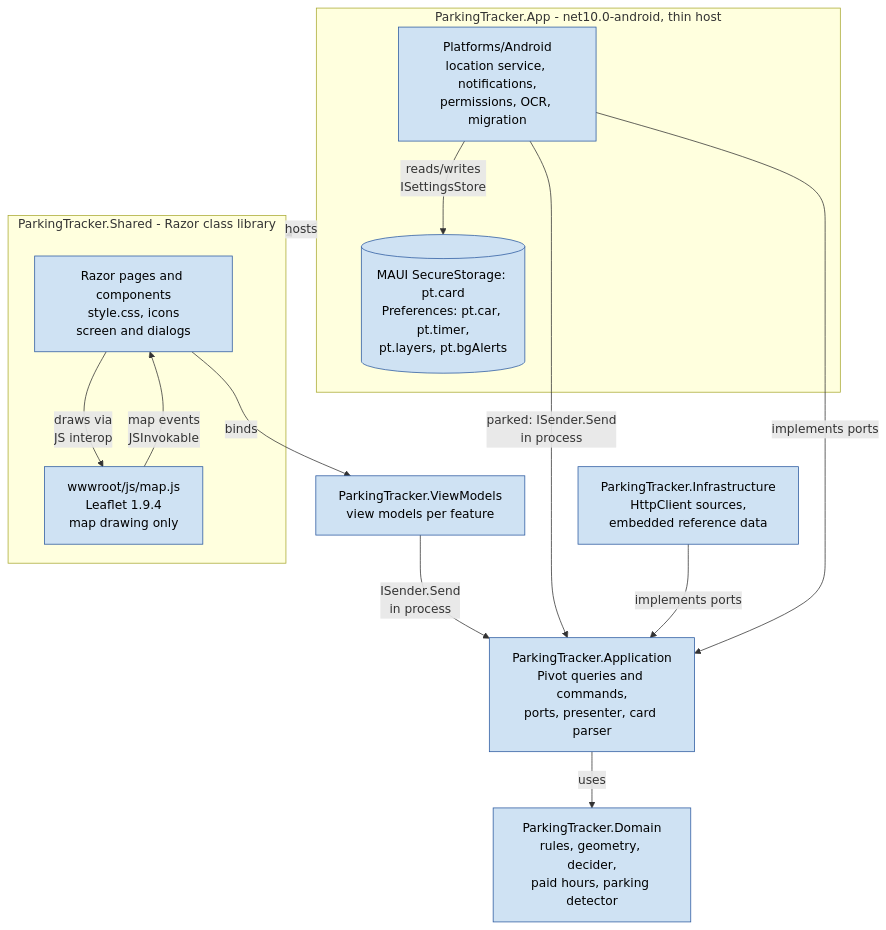
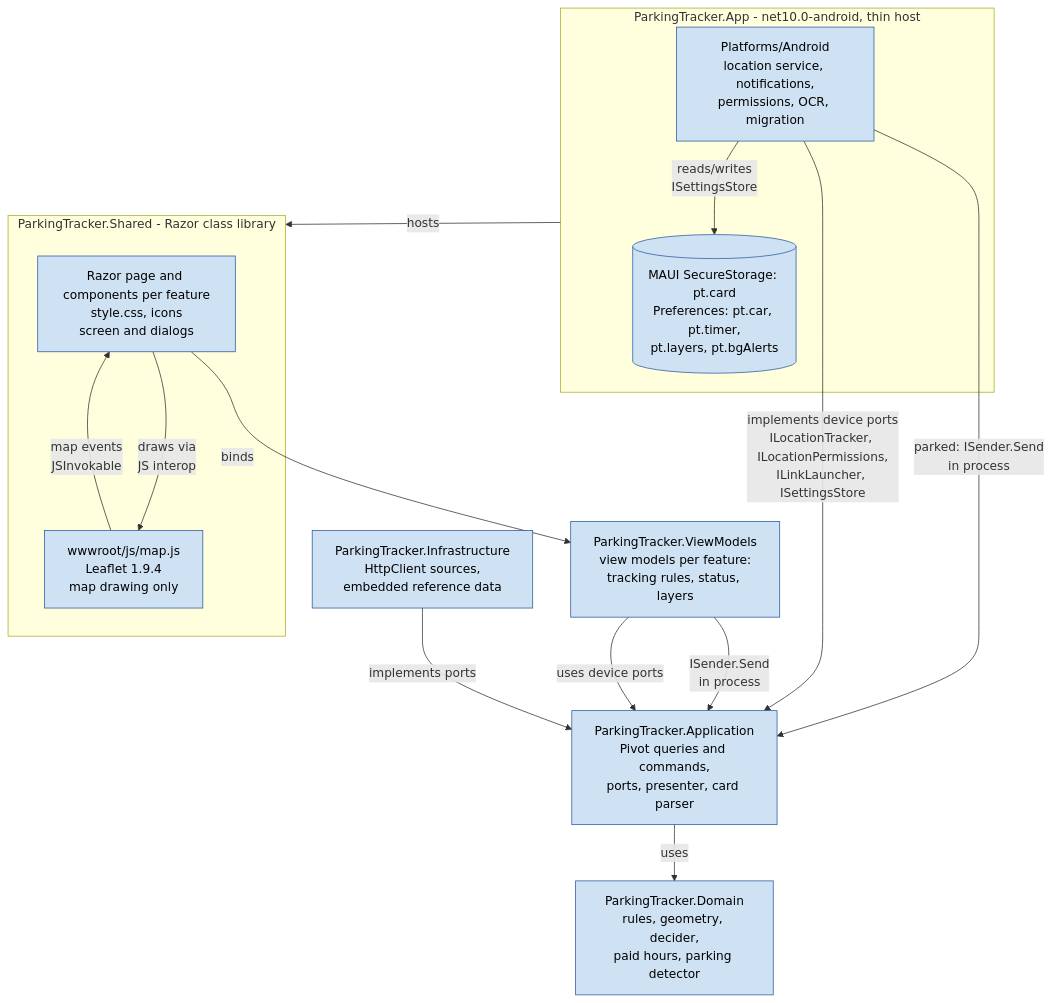
Before and after one commit to AnnabiGihed/Parking-Tracker: the second of 4 diagrams in docs/architecture.md, drawn with Mermaid. The commit also changed other lines of this file and 190 other files, not shown here.

First line of the commit message:
feat: screens, screen logic and map layers in .NET (stage 5a)

````diff
--- a/docs/architecture.md
+++ b/docs/architecture.md
@@ -196,29 +204,30 @@
 ```mermaid
 flowchart TB
     subgraph apk[ParkingTracker.App - net10.0-android, thin host]
         droid[Platforms/Android<br/>location service, notifications,<br/>permissions, OCR, migration]
         prefs[(MAUI SecureStorage: pt.card<br/>Preferences: pt.car, pt.timer,<br/>pt.layers, pt.bgAlerts)]
     end
     subgraph shared[ParkingTracker.Shared - Razor class library]
-        ui[Razor pages and components<br/>style.css, icons<br/>screen and dialogs]
+        ui[Razor page and components per feature<br/>style.css, icons<br/>screen and dialogs]
         mapjs[wwwroot/js/map.js<br/>Leaflet 1.9.4<br/>map drawing only]
     end
-    vm[ParkingTracker.ViewModels<br/>view models per feature]
+    vm[ParkingTracker.ViewModels<br/>view models per feature:<br/>tracking rules, status, layers]
     app[ParkingTracker.Application<br/>Pivot queries and commands,<br/>ports, presenter, card parser]
     domain[ParkingTracker.Domain<br/>rules, geometry, decider,<br/>paid hours, parking detector]
     infra[ParkingTracker.Infrastructure<br/>HttpClient sources,<br/>embedded reference data]
 
     apk -->|hosts| shared
     ui -->|binds| vm
     vm -->|ISender.Send<br/>in process| app
     ui -->|draws via<br/>JS interop| mapjs
     mapjs -->|map events<br/>JSInvokable| ui
     droid -->|parked: ISender.Send<br/>in process| app
     app -->|uses| domain
     infra -->|implements ports| app
-    droid -->|implements ports| app
+    droid -->|implements device ports<br/>ILocationTracker, ILocationPermissions,<br/>ILinkLauncher, ISettingsStore| app
+    vm -->|uses device ports| app
     droid -->|reads/writes<br/>ISettingsStore| prefs
 
     classDef internal fill:#cfe2f3,stroke:#2c5aa0,stroke-width:1px,color:#000
     class ui,mapjs,droid,prefs,vm,app,domain,infra internal
 ```
````
